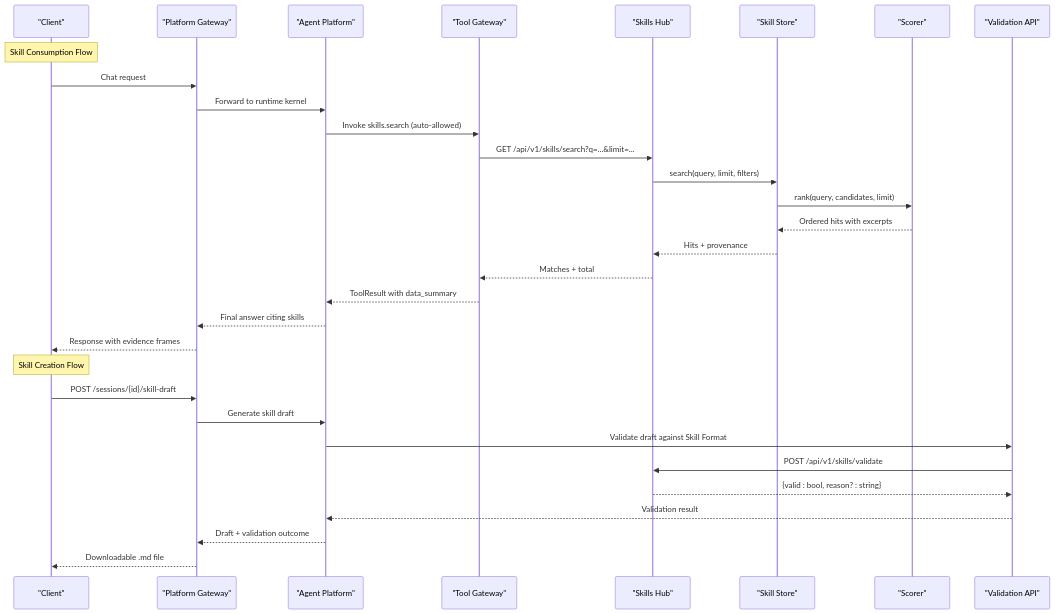
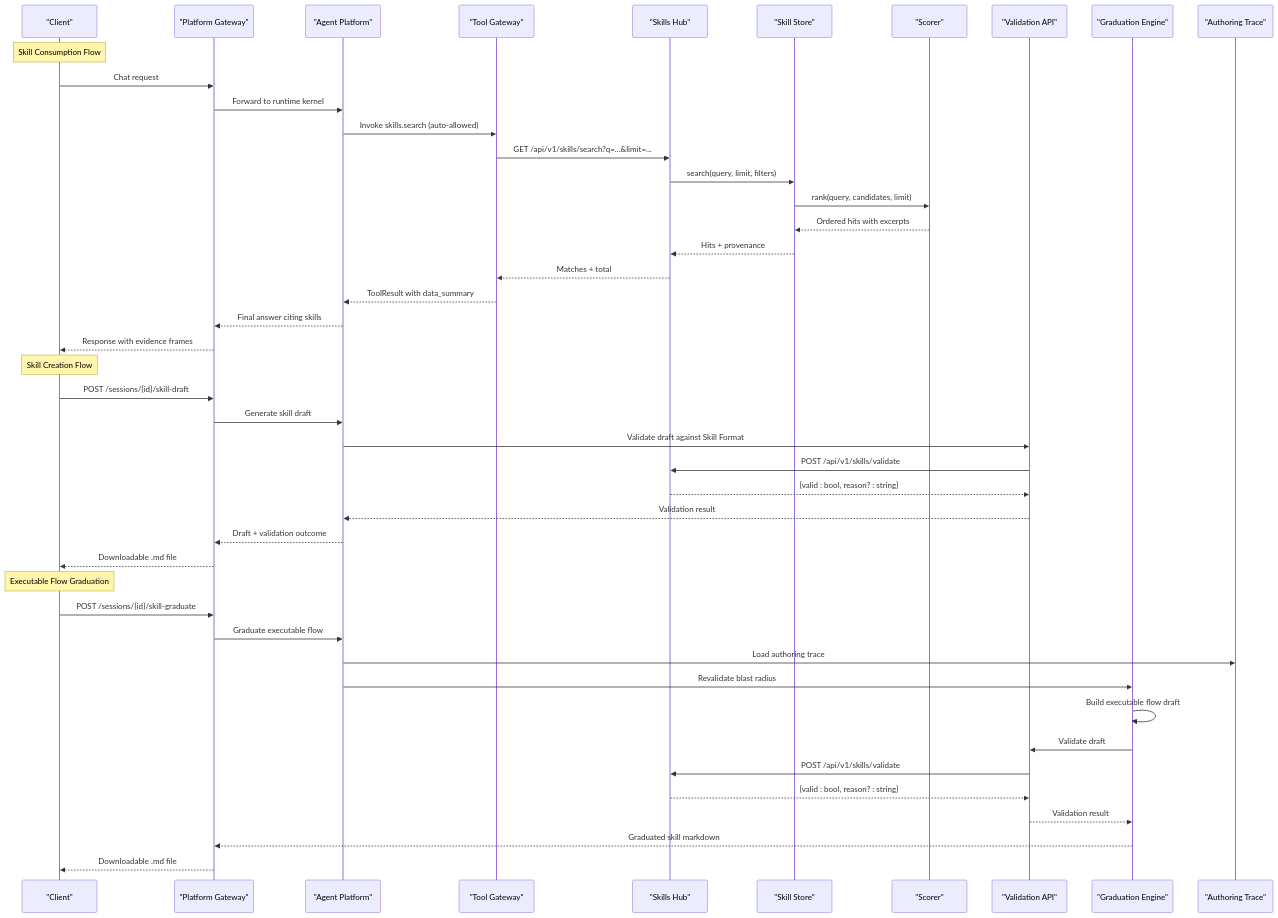
One commit to metasync/luban-aiops changed the second of 14 diagrams in .qoder/repowiki/en/content/Architecture Documentation/SPEC-014_ Skills and Grounded Guidance Specification.md. Above: the diagram before and after it, drawn with Mermaid. The commit also changed other lines of this file and 6 other files, not shown here.

````diff
--- a/.qoder/repowiki/en/content/Architecture Documentation/SPEC-014_ Skills and Grounded Guidance Specification.md
+++ b/.qoder/repowiki/en/content/Architecture Documentation/SPEC-014_ Skills and Grounded Guidance Specification.md
@@ -156,33 +182,47 @@
 ```mermaid
 sequenceDiagram
 participant Client as "Client"
 participant Gateway as "Platform Gateway"
 participant Agent as "Agent Platform"
 participant Tools as "Tool Gateway"
 participant Skills as "Skills Hub"
 participant Store as "Skill Store"
 participant Score as "Scorer"
 participant Validator as "Validation API"
+participant Graduation as "Graduation Engine"
+participant Trace as "Authoring Trace"
 Note over Client : Skill Consumption Flow
 Client->>Gateway : Chat request
 Gateway->>Agent : Forward to runtime kernel
 Agent->>Tools : Invoke skills.search (auto-allowed)
 Tools->>Skills : GET /api/v1/skills/search?q=...&limit=...
 Skills->>Store : search(query, limit, filters)
 Store->>Score : rank(query, candidates, limit)
 Score-->>Store : Ordered hits with excerpts
 Store-->>Skills : Hits + provenance
 Skills-->>Tools : Matches + total
 Tools-->>Agent : ToolResult with data_summary
 Agent-->>Gateway : Final answer citing skills
 Gateway-->>Client : Response with evidence frames
 Note over Client : Skill Creation Flow
 Client->>Gateway : POST /sessions/{id}/skill-draft
 Gateway->>Agent : Generate skill draft
 Agent->>Validator : Validate draft against Skill Format
 Validator->>Skills : POST /api/v1/skills/validate
 Skills-->>Validator : {valid : bool, reason? : string}
 Validator-->>Agent : Validation result
 Agent-->>Gateway : Draft + validation outcome
 Gateway-->>Client : Downloadable .md file
+Note over Client : Executable Flow Graduation
+Client->>Gateway : POST /sessions/{id}/skill-graduate
+Gateway->>Agent : Graduate executable flow
+Agent->>Trace : Load authoring trace
+Agent->>Graduation : Revalidate blast radius
+Graduation->>Graduation : Build executable flow draft
+Graduation->>Validator : Validate draft
+Validator->>Skills : POST /api/v1/skills/validate
+Skills-->>Validator : {valid : bool, reason? : string}
+Validator-->>Graduation : Validation result
+Graduation-->>Gateway : Graduated skill markdown
+Gateway-->>Client : Downloadable .md file
 ```
````
